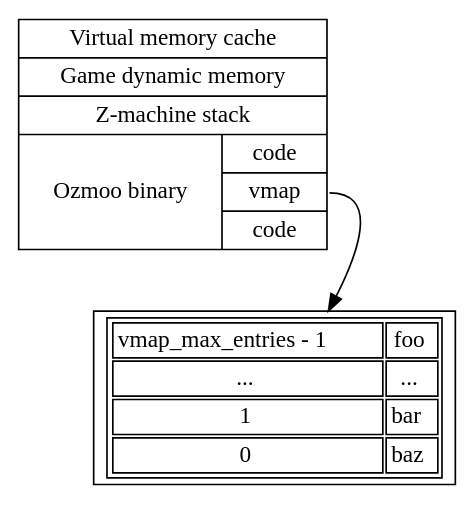
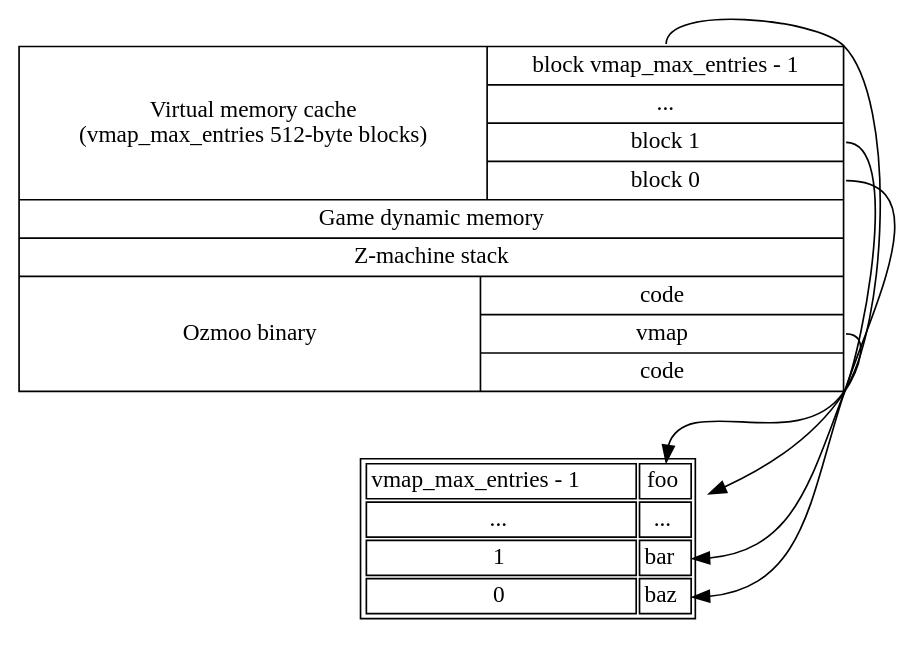
Before and after one commit to ZornsLemma/ozmoo: the diagram in documentation/techdocs/memory-map-1.dot, drawn with Graphviz.

Commit message:
Snapshot

```diff
--- a/documentation/techdocs/memory-map-1.dot
+++ b/documentation/techdocs/memory-map-1.dot
@@ -1,15 +1,20 @@
 digraph memory {
     node [shape=record];
-    top [label="{ Virtual memory cache | Game dynamic memory | Z-machine stack | { Ozmoo binary | { code | <vmap> vmap | code } } }"];
+    top [label="{ { Virtual memory cache \n (vmap_max_entries 512-byte blocks) | { <lastblock> block vmap_max_entries - 1 | ... | <block1> block 1 | <block0> block 0 } } | Game dynamic memory | Z-machine stack | { Ozmoo binary | { code | <vmap> vmap | code } } }"];
+
+    node [shape=plaintext];
     # vmap [label="{ { vmap_max_entries - 1 | foo } | ... | { 1 | foo } | {0 | foo } }"];
     vmap [label=<
          <table>
-            <tr><td>vmap_max_entries - 1</td><td>foo</td></tr>
+            <tr><td>vmap_max_entries - 1</td><td port="lastblock">foo</td></tr>
             <tr><td>...</td><td>...</td></tr>
-            <tr><td>1</td><td>bar</td></tr>
-            <tr><td>0</td><td>baz</td></tr>
-         </table>>]
-    top:vmap -> vmap
+            <tr><td>1</td><td port="block1">bar</td></tr>
+            <tr><td>0</td><td port="block0">baz</td></tr>
+         </table>>];
+    top:vmap -> vmap;
+    top:lastblock -> vmap:lastblock;
+    top:block1 -> vmap:block1;
+    top:block0 -> vmap:block0;
 }
 
 # vi: sw=4 sts=4
```
